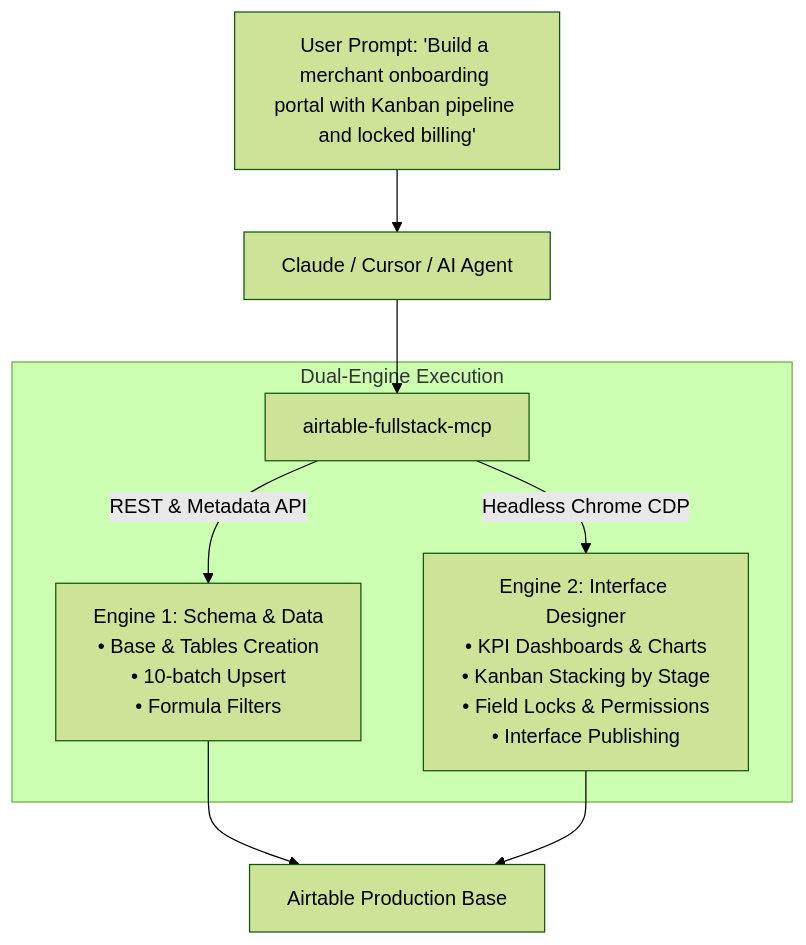
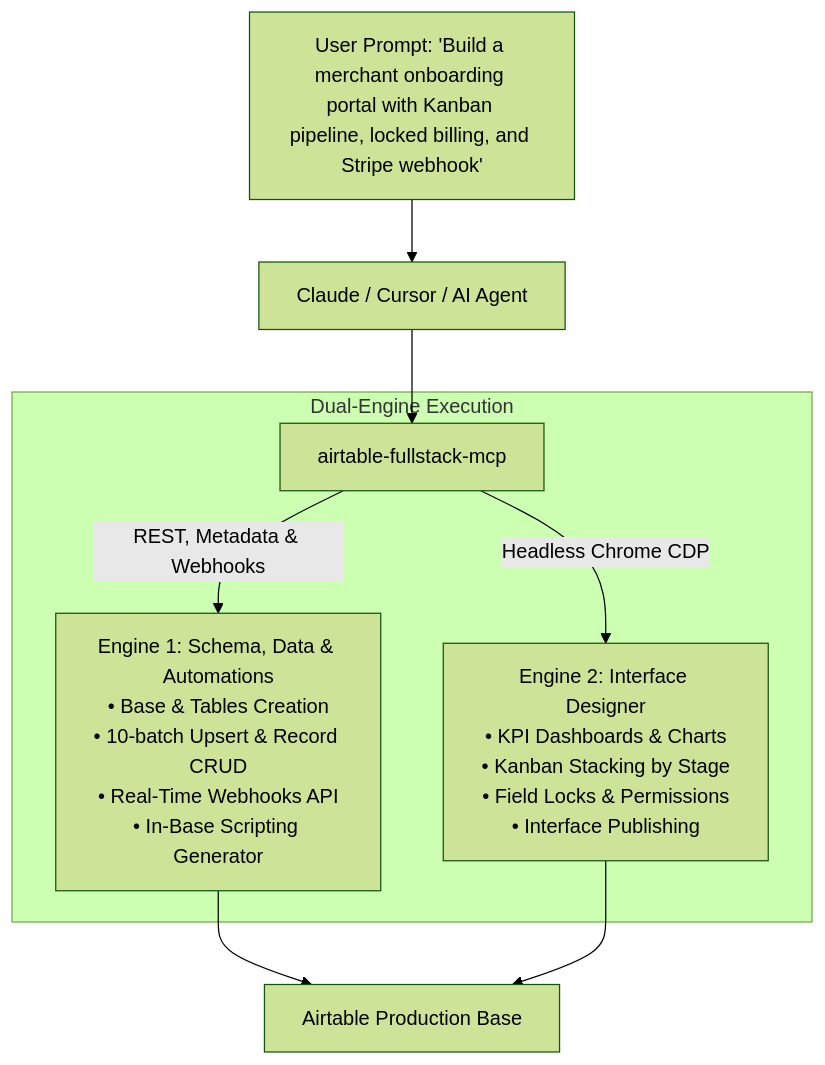
Before and after one commit to Praroop1435/airtable-fullstack-mcp: the diagram in README.md, drawn with Mermaid (forest theme). The commit also changed other lines of this file and 5 other files, not shown here.

````diff
--- a/README.md
+++ b/README.md
@@ -24,13 +25,13 @@
 ```mermaid
 flowchart TD
-    Prompt["User Prompt: 'Build a merchant onboarding portal with Kanban pipeline and locked billing'"] --> Agent["Claude / Cursor / AI Agent"]
+    Prompt["User Prompt: 'Build a merchant onboarding portal with Kanban pipeline, locked billing, and Stripe webhook'"] --> Agent["Claude / Cursor / AI Agent"]
     Agent --> MCP["airtable-fullstack-mcp"]
     
     subgraph DualEngine["Dual-Engine Execution"]
-        MCP -->|REST & Metadata API| E1["Engine 1: Schema & Data\n• Base & Tables Creation\n• 10-batch Upsert\n• Formula Filters"]
+        MCP -->|REST, Metadata & Webhooks| E1["Engine 1: Schema, Data & Automations\n• Base & Tables Creation\n• 10-batch Upsert & Record CRUD\n• Real-Time Webhooks API\n• In-Base Scripting Generator"]
         MCP -->|Headless Chrome CDP| E2["Engine 2: Interface Designer\n• KPI Dashboards & Charts\n• Kanban Stacking by Stage\n• Field Locks & Permissions\n• Interface Publishing"]
     end
     
     E1 --> LiveBase["Airtable Production Base"]
     E2 --> LiveBase
 ```
````
